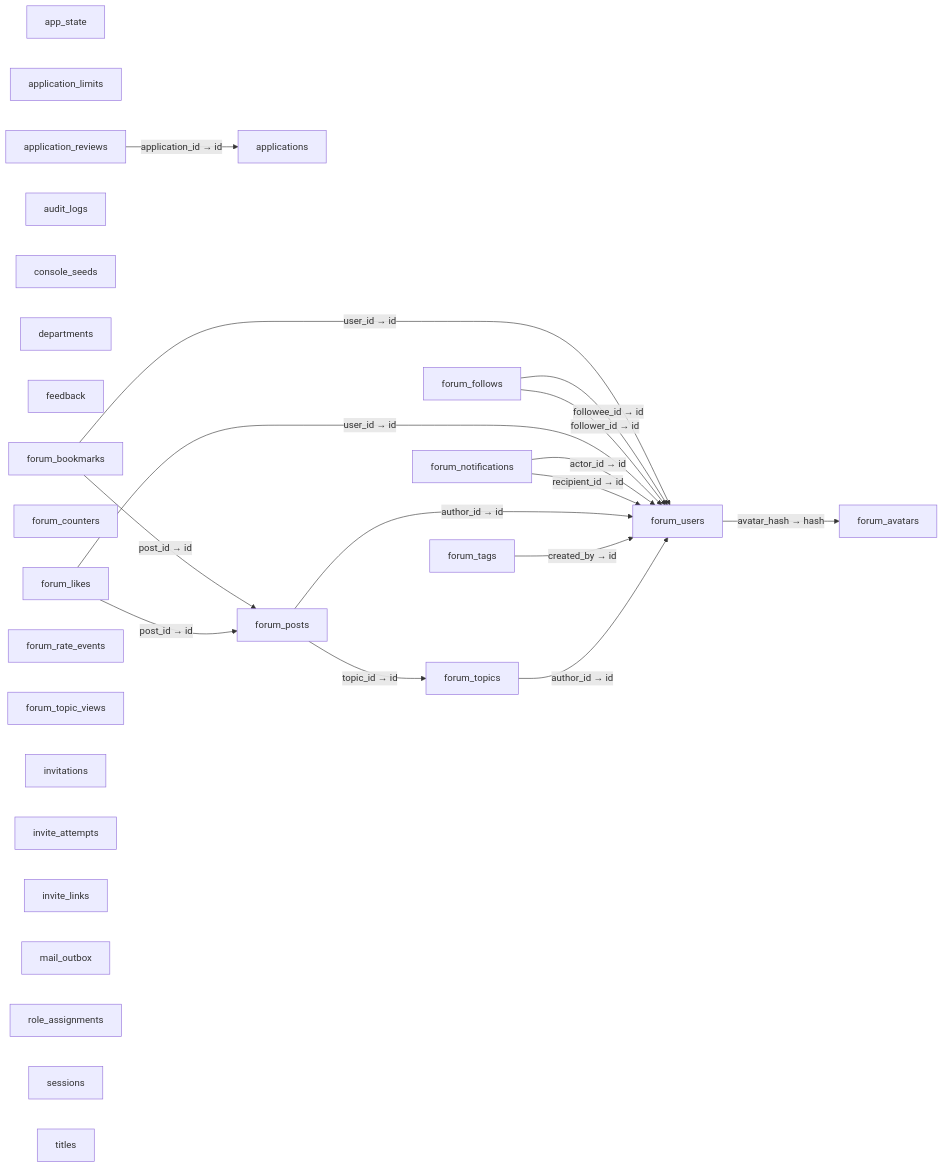
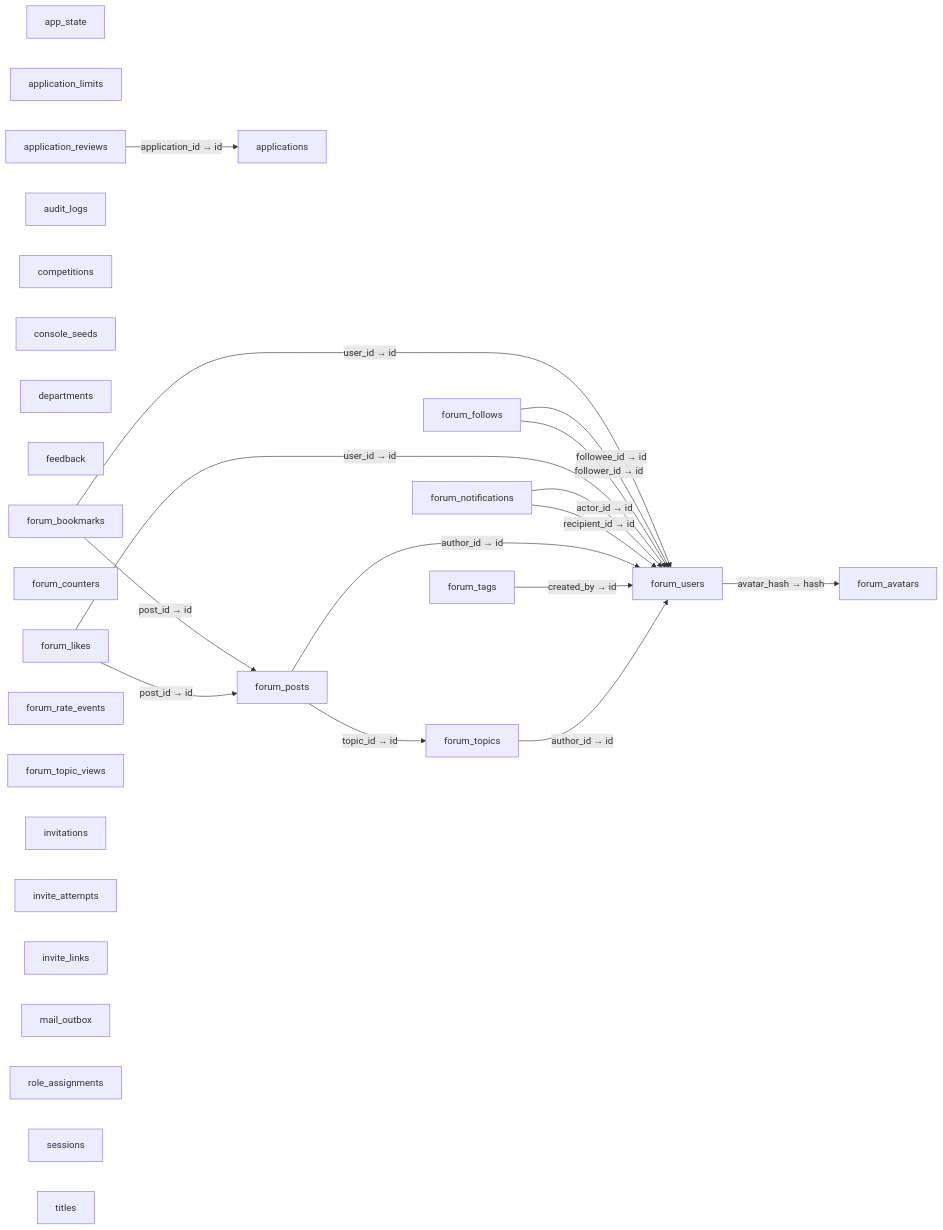
The diagram in docs/architecture/catalog/data-model.md (Doulor/admin), drawn with Mermaid before and after one commit. The commit also changed other lines of this file and 30 other files, not shown here.

````diff
--- a/docs/architecture/catalog/data-model.md
+++ b/docs/architecture/catalog/data-model.md
@@ -15,44 +15,45 @@
 ```mermaid
 flowchart LR
   app_state["app_state"]
   application_limits["application_limits"]
   application_reviews["application_reviews"]
   applications["applications"]
   audit_logs["audit_logs"]
+  competitions["competitions"]
   console_seeds["console_seeds"]
   departments["departments"]
   feedback["feedback"]
   forum_avatars["forum_avatars"]
   forum_bookmarks["forum_bookmarks"]
   forum_counters["forum_counters"]
   forum_follows["forum_follows"]
   forum_likes["forum_likes"]
   forum_notifications["forum_notifications"]
   forum_posts["forum_posts"]
   forum_rate_events["forum_rate_events"]
   forum_tags["forum_tags"]
   forum_topic_views["forum_topic_views"]
   forum_topics["forum_topics"]
   forum_users["forum_users"]
   invitations["invitations"]
   invite_attempts["invite_attempts"]
   invite_links["invite_links"]
   mail_outbox["mail_outbox"]
   role_assignments["role_assignments"]
   sessions["sessions"]
   titles["titles"]
   application_reviews -->|"application_id → id"| applications
   forum_bookmarks -->|"post_id → id"| forum_posts
   forum_bookmarks -->|"user_id → id"| forum_users
   forum_follows -->|"followee_id → id"| forum_users
   forum_follows -->|"follower_id → id"| forum_users
   forum_likes -->|"user_id → id"| forum_users
   forum_likes -->|"post_id → id"| forum_posts
   forum_notifications -->|"actor_id → id"| forum_users
   forum_notifications -->|"recipient_id → id"| forum_users
   forum_posts -->|"author_id → id"| forum_users
   forum_posts -->|"topic_id → id"| forum_topics
   forum_tags -->|"created_by → id"| forum_users
   forum_topics -->|"author_id → id"| forum_users
   forum_users -->|"avatar_hash → hash"| forum_avatars
 ```
````
